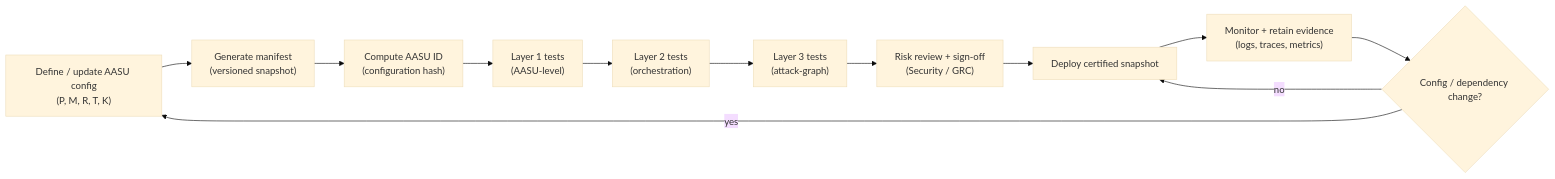
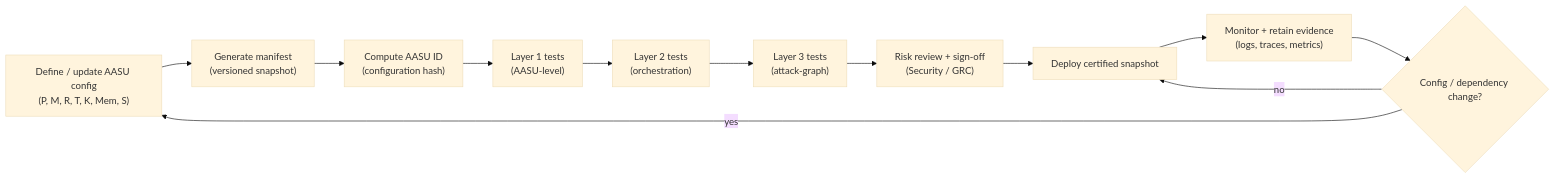
The ninth of 9 diagrams in AASU_White_Paper_Consolidated_v2_2.md (SAISec/AASU), drawn with Mermaid (base theme) before and after one commit. The commit also changed other lines of this file and 22 other files, not shown here.

Commit message:
Extend AASU PMRTK with memory/skill components and update docs/mermaid

````diff
--- a/AASU_White_Paper_Consolidated_v2_2.md
+++ b/AASU_White_Paper_Consolidated_v2_2.md
@@ -336,17 +350,17 @@
 ```mermaid
 flowchart LR
-  DEV["Define / update AASU config<br/>(P, M, R, T, K)"] --> MAN["Generate manifest<br/>(versioned snapshot)"]
+  DEV["Define / update AASU config<br/>(P, M, R, T, K, Mem, S)"] --> MAN["Generate manifest<br/>(versioned snapshot)"]
   MAN --> HASH["Compute AASU ID<br/>(configuration hash)"]
 
   HASH --> T1["Layer 1 tests<br/>(AASU-level)"]
   T1 --> T2["Layer 2 tests<br/>(orchestration)"]
   T2 --> T3["Layer 3 tests<br/>(attack-graph)"]
 
   T3 --> RISK["Risk review + sign-off<br/>(Security / GRC)"]
   RISK --> DEP["Deploy certified snapshot"]
   DEP --> MON["Monitor + retain evidence<br/>(logs, traces, metrics)"]
 
   MON --> CHG{"Config / dependency change?"}
   CHG -->|yes| DEV
   CHG -->|no| DEP
 ```
````
